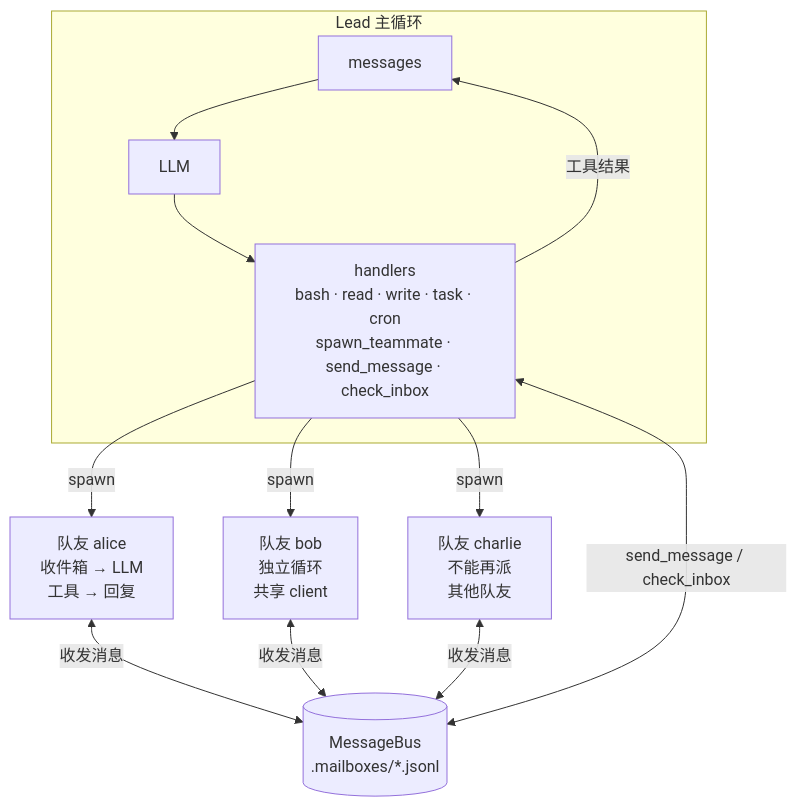
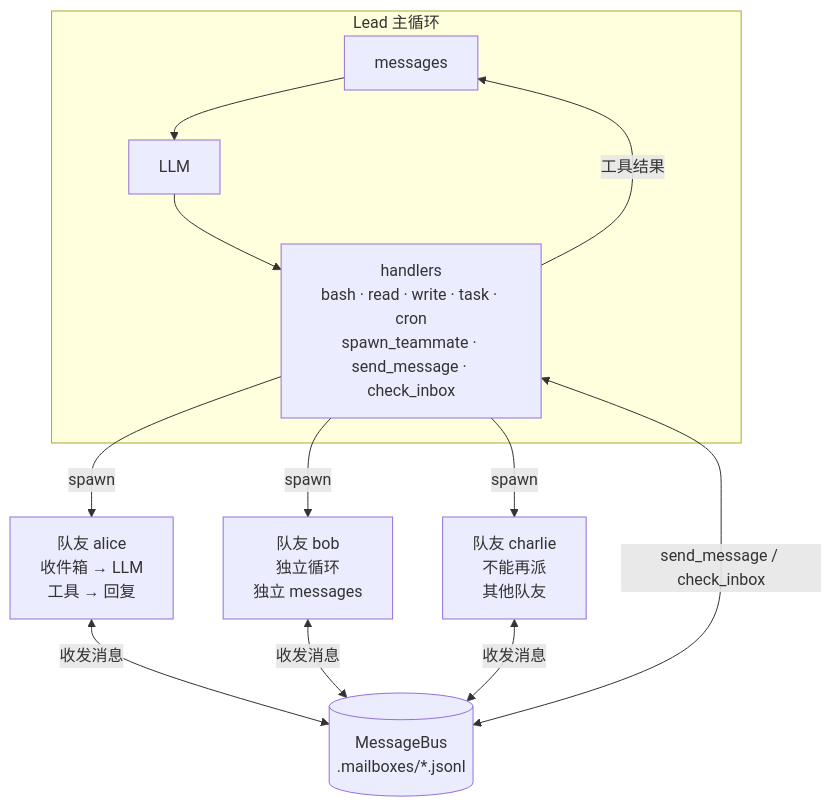
One commit to shengxinjing/build-your-agent changed the first of 2 diagrams in code-agent-course/s15-agent-teams.md. Above: the diagram before and after it, drawn with Mermaid. The commit also changed other lines of this file and 10 other files, not shown here.

````diff
--- a/code-agent-course/s15-agent-teams.md
+++ b/code-agent-course/s15-agent-teams.md
@@ -23,14 +15,14 @@
 ```mermaid
 flowchart TD
   subgraph LEAD["Lead 主循环"]
     LM["messages"] --> LL["LLM"]
     LL --> LH["handlers<br/>bash · read · write · task · cron<br/>spawn_teammate · send_message · check_inbox"]
     LH -->|工具结果| LM
   end
   LH -->|spawn| A["队友 alice<br/>收件箱 → LLM<br/>工具 → 回复"]
-  LH -->|spawn| B["队友 bob<br/>独立循环<br/>共享 client"]
+  LH -->|spawn| B["队友 bob<br/>独立循环<br/>独立 messages"]
   LH -->|spawn| C["队友 charlie<br/>不能再派<br/>其他队友"]
   BUS[("MessageBus<br/>.mailboxes/*.jsonl")]
   A & B & C <-->|收发消息| BUS
   LH <-->|send_message / check_inbox| BUS
 ```
````
